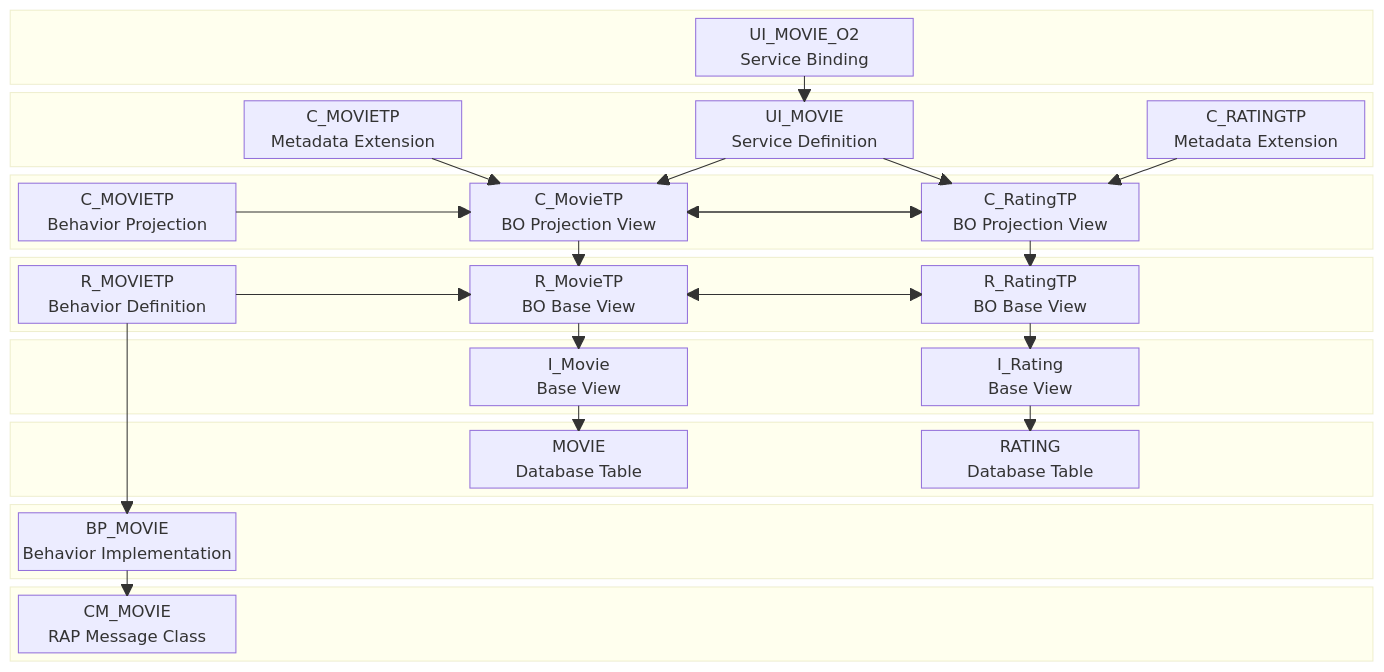
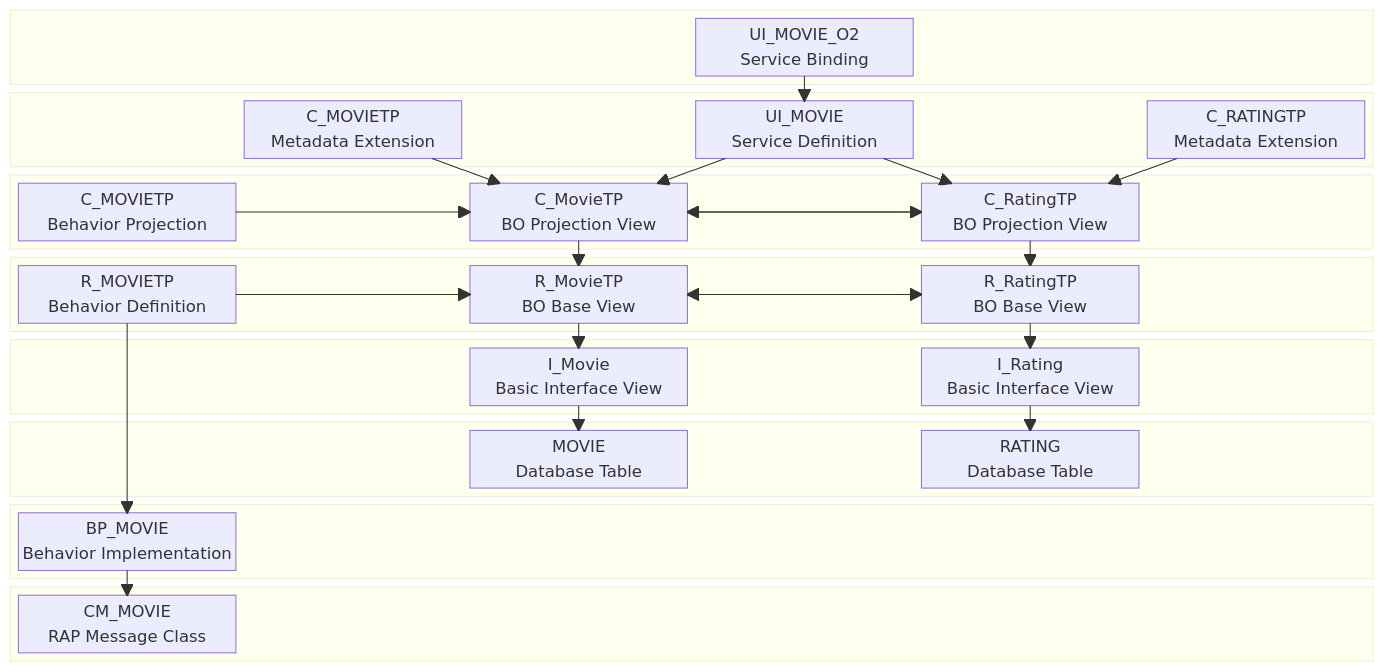
One commit to appenmaier/abap_movie changed the second of 3 diagrams in README.md. Above: the diagram before and after it, drawn with Mermaid.

```diff
--- a/README.md
+++ b/README.md
@@ -86,10 +86,10 @@
       space
       space
       I_Movie["I_Movie
-               Base View"]
+               Basic Interface View"]
       space
       I_Rating["I_Rating
-                Base View"]
+                Basic Interface View"]
       space
    end
    block
```
